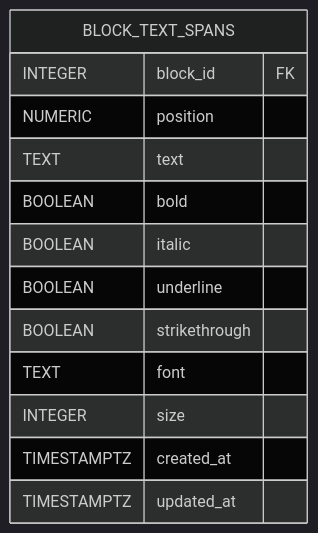
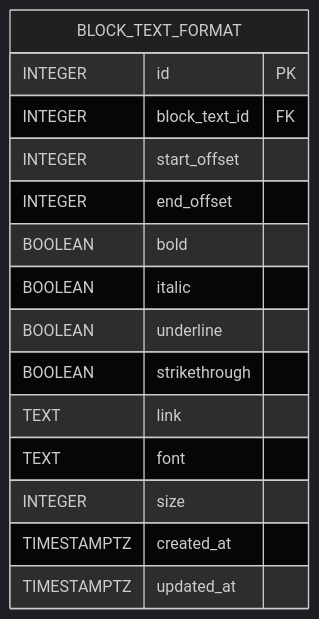
Before and after one commit to go-park-mail-ru/2025_2_FiveCode: the sixth of 12 diagrams in db/normalized/relations.md, drawn with Mermaid (dark theme). The commit also changed other lines of this file and 2 other files, not shown here.

Commit message:
edit formating (change spans to range formating) fix documentation

````diff
--- a/db/normalized/relations.md
+++ b/db/normalized/relations.md
@@ -149,16 +186,18 @@
 ```mermaid
 erDiagram
-  BLOCK_TEXT_SPANS {
-    INTEGER block_id FK 
-    NUMERIC position 
-    TEXT text 
-    BOOLEAN bold 
-    BOOLEAN italic 
-    BOOLEAN underline 
-    BOOLEAN strikethrough 
-    TEXT font 
-    INTEGER size 
-    TIMESTAMPTZ created_at
-    TIMESTAMPTZ updated_at
-  }
+    BLOCK_TEXT_FORMAT {
+        INTEGER id PK
+        INTEGER block_text_id FK
+        INTEGER start_offset
+        INTEGER end_offset
+        BOOLEAN bold
+        BOOLEAN italic
+        BOOLEAN underline
+        BOOLEAN strikethrough
+        TEXT link
+        TEXT font
+        INTEGER size
+        TIMESTAMPTZ created_at
+        TIMESTAMPTZ updated_at
+    }
 ```
````
